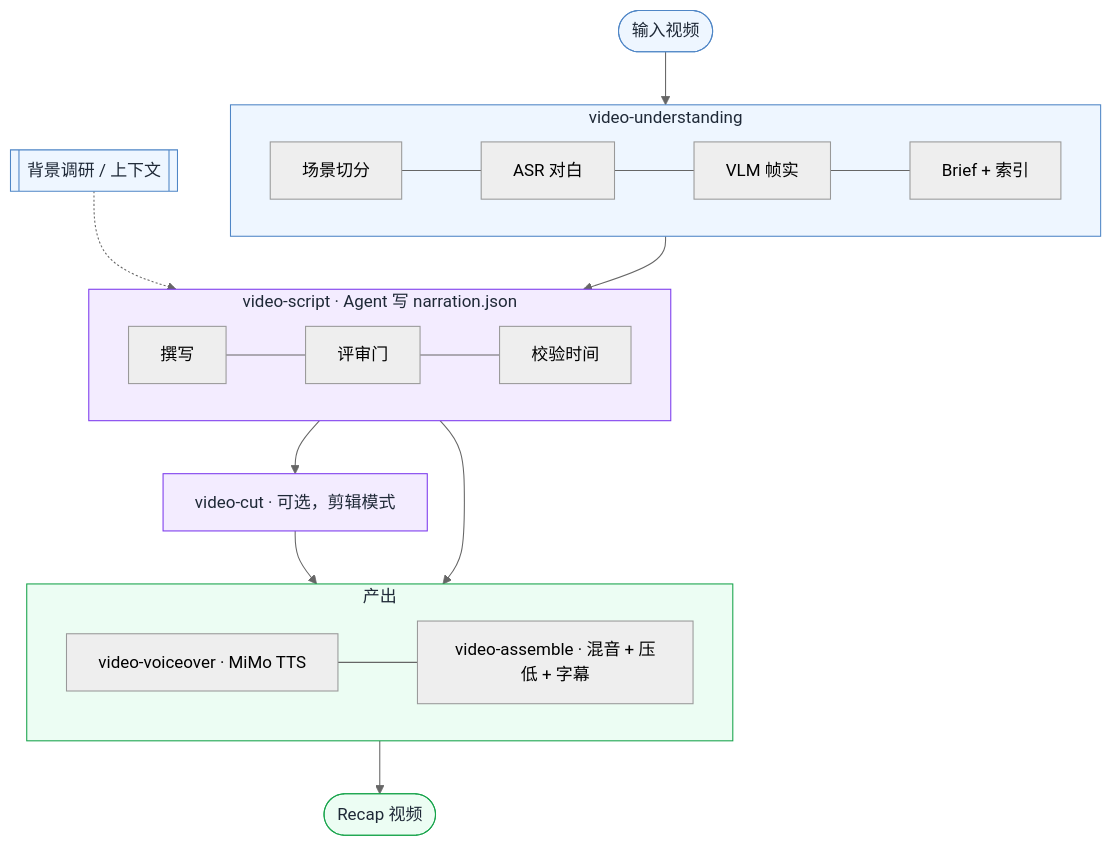
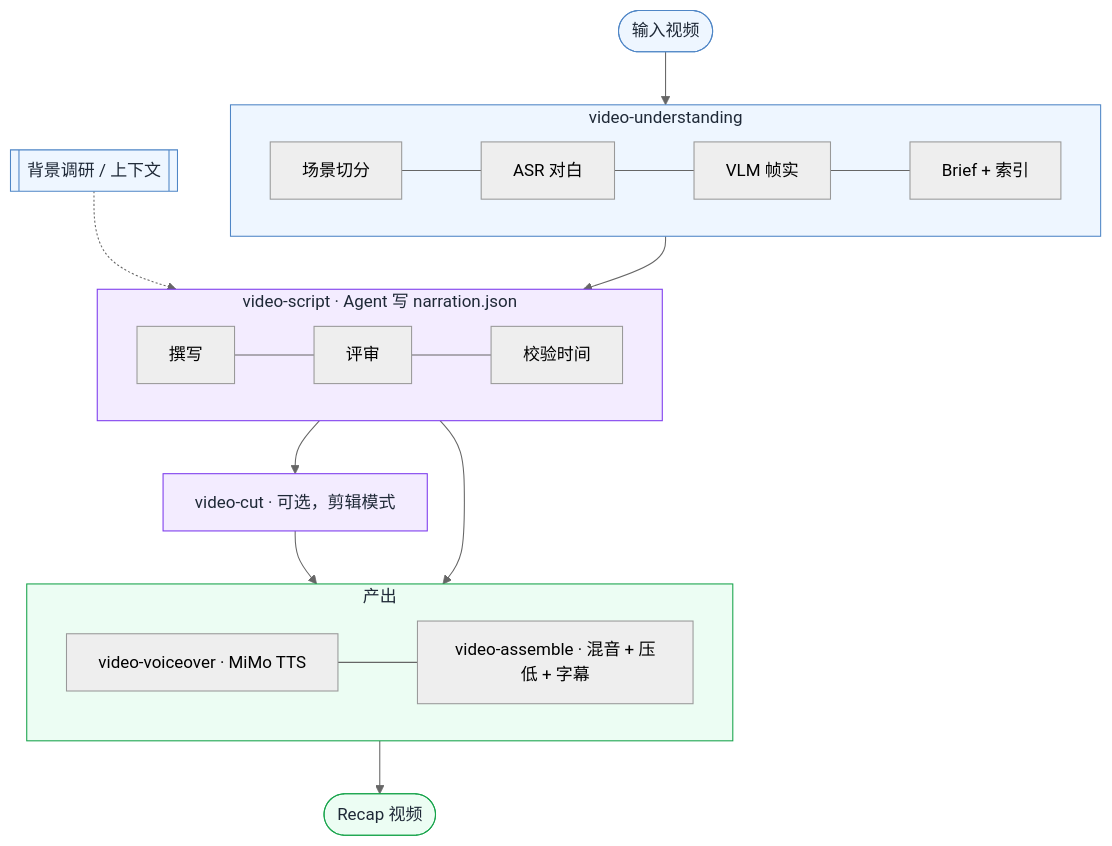
One commit to worldwonderer/video-recap-skills changed the diagram in README.zh-CN.md. Above: the diagram before and after it, drawn with Mermaid (neutral theme). The commit also changed other lines of this file and 1 other file, not shown here.

````diff
--- a/README.zh-CN.md
+++ b/README.zh-CN.md
@@ -23,34 +23,34 @@
 ```mermaid
 flowchart TB
     input([输入视频]) --> understand
     context[[背景调研 / 上下文]] -.-> script
 
     subgraph understand[video-understanding]
         direction LR
         scene[场景切分] --- asr[ASR 对白] --- vlm[VLM 帧实] --- brief[Brief + 索引]
     end
 
     subgraph script[video-script · Agent 写 narration.json]
         direction LR
-        write[撰写] --- review[评审门] --- validate[校验时间]
+        write[撰写] --- review[评审] --- validate[校验时间]
     end
 
     cut[video-cut · 可选，剪辑模式]
     subgraph produce[产出]
         direction LR
         voice[video-voiceover · MiMo TTS] --- assemble[video-assemble · 混音 + 压低 + 字幕]
     end
     output([Recap 视频])
 
     understand --> script
     script --> cut --> produce
     script --> produce
     produce --> output
 
     classDef s fill:#eef6ff,stroke:#4f86c6,color:#1f2937;
     classDef w fill:#f3ecff,stroke:#7c3aed,color:#1f2937;
     classDef p fill:#ecfdf3,stroke:#16a34a,color:#1f2937;
     class input,context,understand s;
     class script,cut w;
     class produce,output p;
 ```
````
